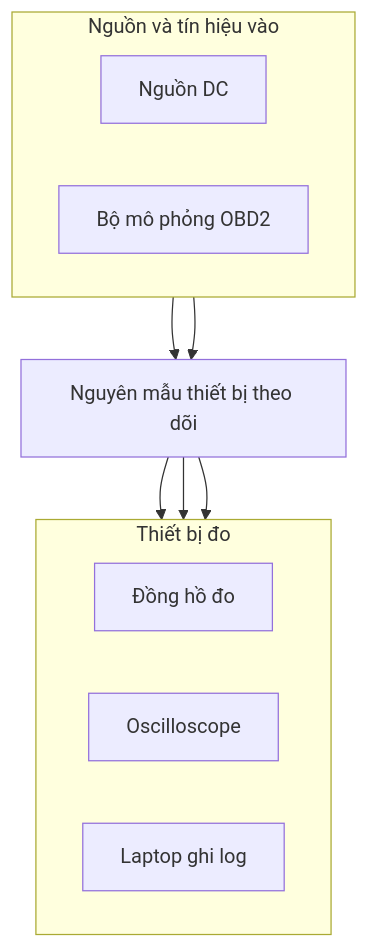
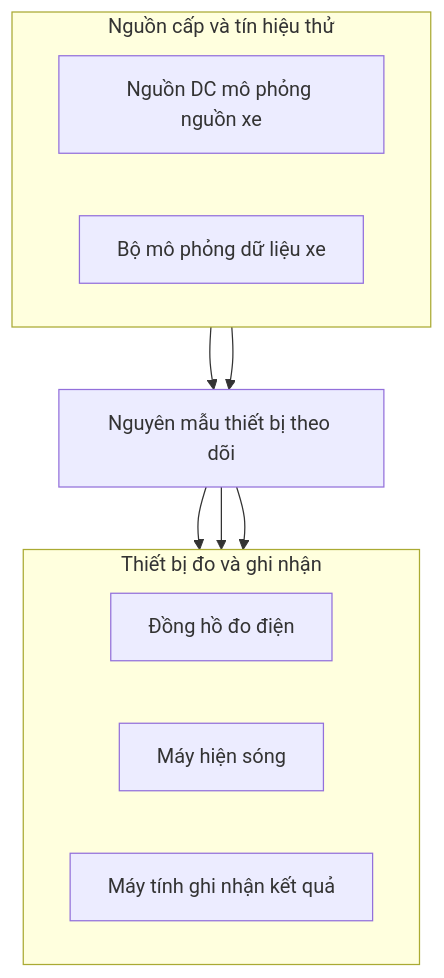
Before and after one commit to anmh1205/IoT_Vehicle_Tracking_System: the diagram in resources/reports/thesis/final/assets/uml/10-chuong-4-ket-qua-do-luong-hinh-4-20.mmd, drawn with Mermaid. The commit also changed 337 other files, not shown here.

```diff
--- a/resources/reports/thesis/final/assets/uml/10-chuong-4-ket-qua-do-luong-hinh-4-20.mmd
+++ b/resources/reports/thesis/final/assets/uml/10-chuong-4-ket-qua-do-luong-hinh-4-20.mmd
@@ -1,21 +1,21 @@
 flowchart TB
     Tracker["Nguyên mẫu thiết bị theo dõi"]
 
-    subgraph Inputs["Nguồn và tín hiệu vào"]
+    subgraph Inputs["Nguồn cấp và tín hiệu thử"]
         direction LR
-        Supply["Nguồn DC"]
-        OBD["Bộ mô phỏng OBD2"]
+        Supply["Nguồn DC mô phỏng nguồn xe"]
+        OBD["Bộ mô phỏng dữ liệu xe"]
     end
 
-    subgraph Instruments["Thiết bị đo"]
+    subgraph Instruments["Thiết bị đo và ghi nhận"]
         direction LR
-        DMM["Đồng hồ đo"]
-        Scope["Oscilloscope"]
-        Laptop["Laptop ghi log"]
+        DMM["Đồng hồ đo điện"]
+        Scope["Máy hiện sóng"]
+        Laptop["Máy tính ghi nhận kết quả"]
     end
 
     Supply --> Tracker
     OBD --> Tracker
     Tracker --> DMM
     Tracker --> Scope
     Tracker --> Laptop
```
